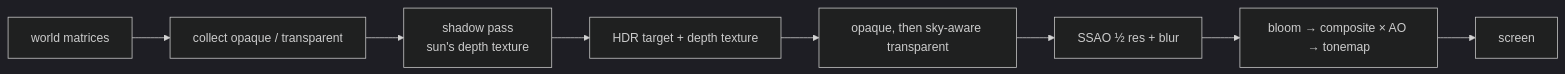
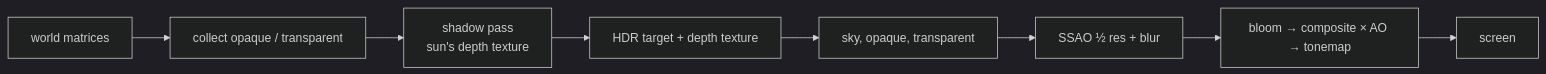
The third of 3 diagrams in ARCHITECTURE.md (rohitpatil9121/projection_library), drawn with Mermaid (dark theme) before and after one commit. The commit also changed 1 other file, not shown here.

Commit message:
docs: fix a diagram label and drop a link to an unpublished repo

````diff
--- a/ARCHITECTURE.md
+++ b/ARCHITECTURE.md
@@ -277,10 +277,10 @@
 ```mermaid
 flowchart LR
   A[world matrices] --> B[collect opaque / transparent]
   B --> C[shadow pass\nsun's depth texture]
   C --> D[HDR target + depth texture]
-  D --> E[opaque, then sky-aware transparent]
+  D --> E[sky, opaque, transparent]
   E --> F[SSAO ½ res + blur]
   F --> G[bloom → composite × AO → tonemap]
   G --> H[screen]
 ```
````
